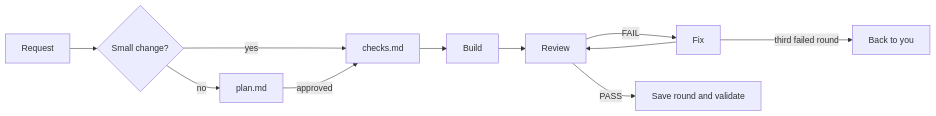
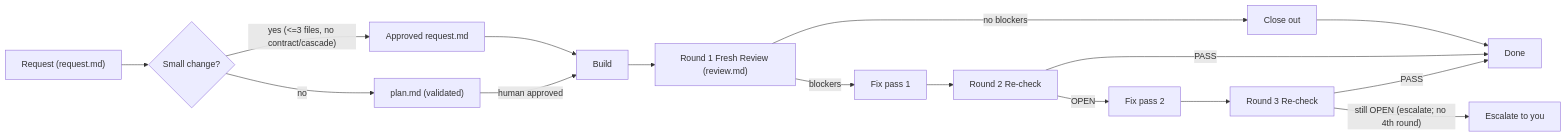
Before and after one commit to NatthanElias/skills: the diagram in docs/design.md, drawn with Mermaid. The commit also changed other lines of this file and 133 other files, not shown here.

````diff
--- a/docs/design.md
+++ b/docs/design.md
@@ -21,10 +21,13 @@
 ```mermaid
 flowchart LR
-  R[Request] --> S{Small change?}
-  S -- yes --> C[checks.md]
-  S -- no --> P[plan.md] -- approved --> C
-  C --> B[Build] --> V[Review]
-  V -- FAIL --> F[Fix] --> V
-  F -- third failed round --> U[Back to you]
-  V -- PASS --> D[Save round and validate]
+  R["Request (request.md)"] --> S{Small change?}
+  S -- "yes (<=3 files, no contract/cascade)" --> A1["Approved request.md"] --> B[Build]
+  S -- no --> P["plan.md (validated)"] -- "human approved" --> B
+  B --> V["Round 1 Fresh Review (review.md)"]
+  V -- "no blockers" --> F1["Close out"] --> D[Done]
+  V -- blockers --> F2["Fix pass 1"] --> RC2["Round 2 Re-check"]
+  RC2 -- PASS --> D
+  RC2 -- OPEN --> F3["Fix pass 2"] --> RC3["Round 3 Re-check"]
+  RC3 -- PASS --> D
+  RC3 -- "still OPEN (escalate; no 4th round)" --> U[Escalate to you]
 ```
````
